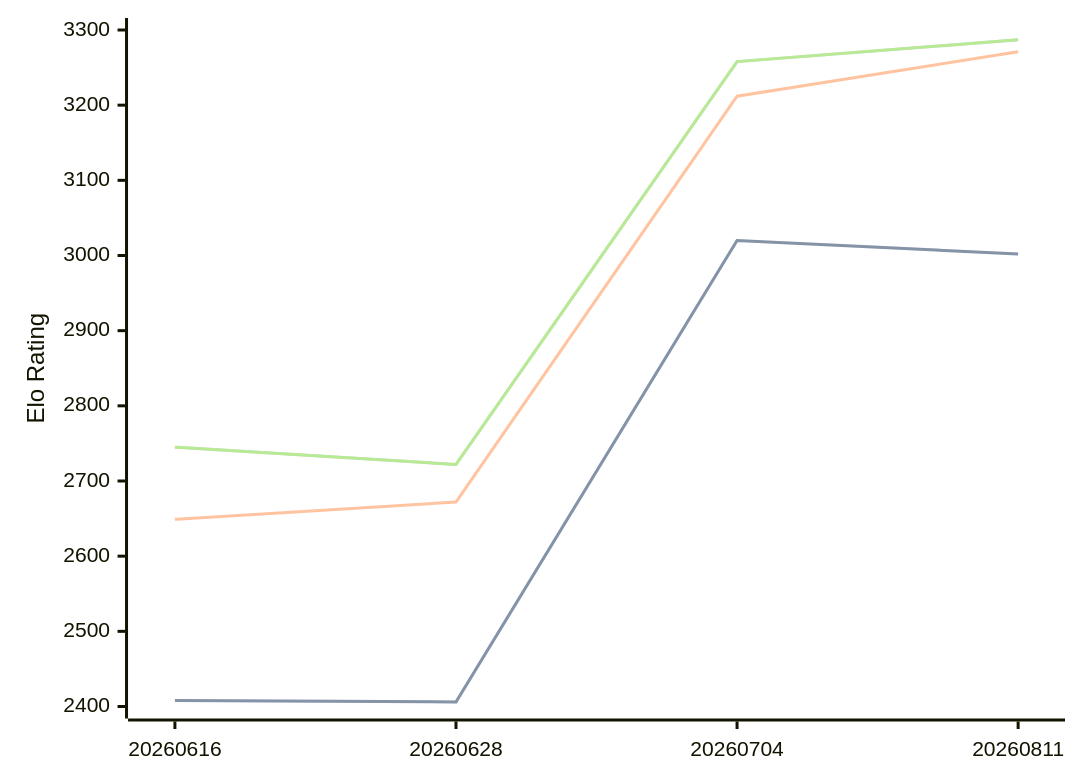
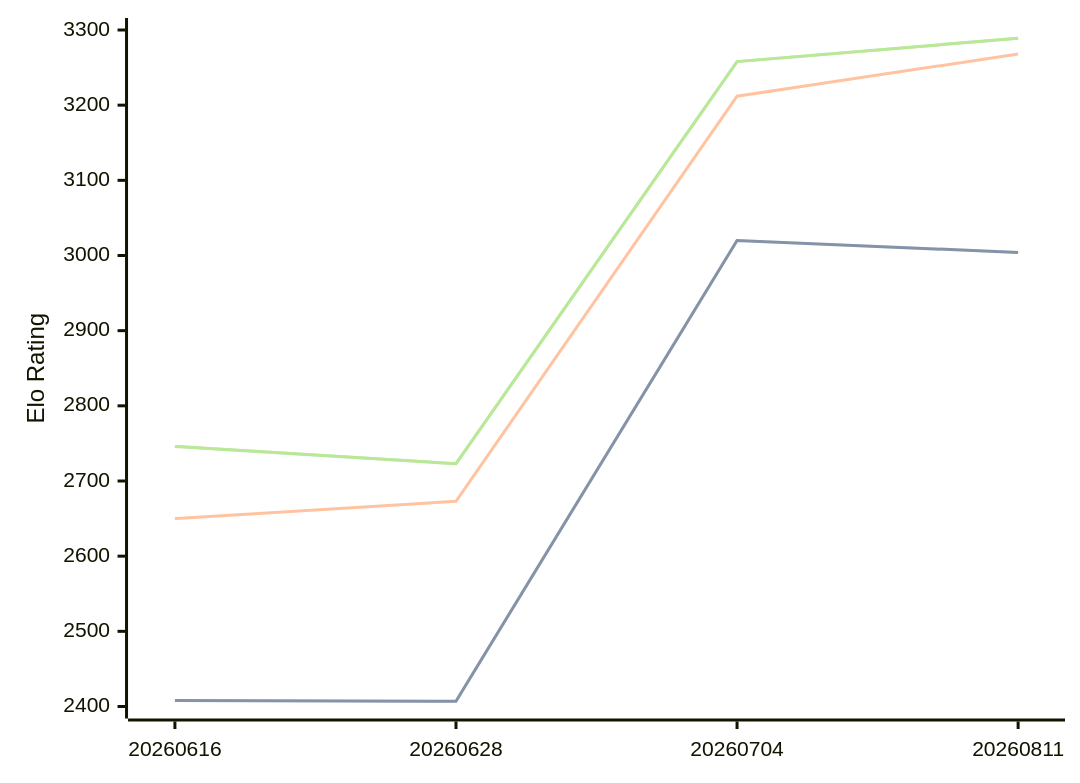
One commit to computer-chess-index/cci changed the diagram in engines/Askaig.md. Above: the diagram before and after it, drawn with Mermaid. The commit also changed other lines of this file, not shown here.

Commit message:
Update CCI Ratings (ELO VLTC) - 2026-09-13

````diff
--- a/engines/Askaig.md
+++ b/engines/Askaig.md
@@ -36,11 +36,11 @@
 ```mermaid
 %%{init: {"theme":"base","themeVariables":{"seriesColors:['#a3a3a3','#222221','#faa371']}}}%%
 xychart-beta
   x-axis ["20260616", "20260628", "20260704", "20260811"]
   y-axis "Elo Rating" 2400 --> 3300
-  line "" [2408, 2406, 3020, 3002]
-  line "STC (8.0+0.08s)" [2408, 2406, 3020, 3002]
-  line "LTC (60.0+0.60s)" [2649, 2672, 3212, 3271]
-  line "" [2745, 2722, 3258, 3287]
-  line "VLTC (2m24s+1.12s)" [2745, 2722, 3258, 3287]
+  line "" [2408, 2407, 3020, 3004]
+  line "STC (8.0+0.08s)" [2408, 2407, 3020, 3004]
+  line "LTC (60.0+0.60s)" [2650, 2673, 3212, 3268]
+  line "" [2746, 2723, 3258, 3289]
+  line "VLTC (2m24s+1.12s)" [2746, 2723, 3258, 3289]
 ```
````
